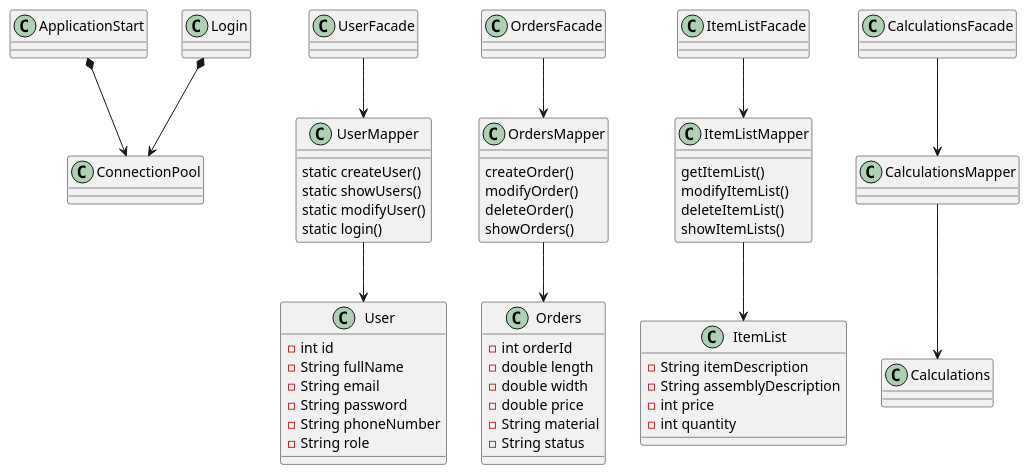
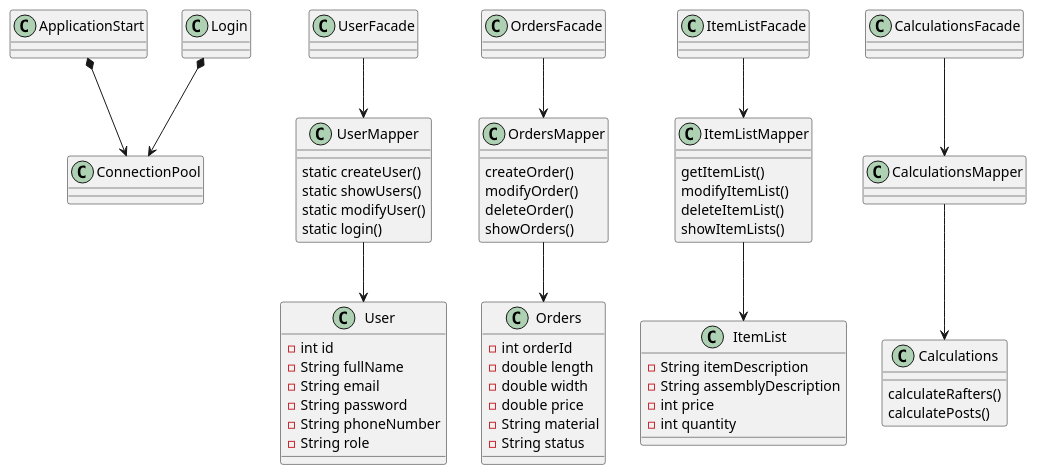
The diagram in documentation/ClassDiagram.puml (Salar86/ProjectFog), drawn with PlantUML before and after one commit.

Commit message:
Methods added: Methods added to Calculations

```diff
--- a/documentation/ClassDiagram.puml
+++ b/documentation/ClassDiagram.puml
@@ -1,82 +1,85 @@
 @startuml
 'https://plantuml.com/class-diagram
 class ApplicationStart
 class ConnectionPool
 class Login
 
 ApplicationStart *--> ConnectionPool
 Login *--> ConnectionPool
 
 class User
 {
     -int id
     -String fullName
     -String email
     -String password
     -String phoneNumber
     -String role
 }
 class UserMapper
 {
     static createUser()
     static showUsers()
     static modifyUser()
     static login()
 }
 class UserFacade
 
 class Orders
 {
     -int orderId
     -double length
     -double width
     -double price
     -String material
     -String status
 }
 class OrdersMapper
 {
     createOrder()
     modifyOrder()
     deleteOrder()
     showOrders()
 }
 class OrdersFacade
 
 class ItemList
 {
     -String itemDescription
     -String assemblyDescription
     -int price
     -int quantity
 
 }
 class ItemListMapper
 {
     getItemList()
     modifyItemList()
     deleteItemList()
     showItemLists()
 }
 class ItemListFacade
 
 class Calculations
 {
+    calculateRafters()
+    calculatePosts()
+
 
 }
 class CalculationsMapper
 class CalculationsFacade
 
 UserFacade --> UserMapper
 UserMapper --> User
 
 OrdersFacade --> OrdersMapper
 OrdersMapper --> Orders
 
 ItemListFacade --> ItemListMapper
 ItemListMapper --> ItemList
 
 CalculationsFacade --> CalculationsMapper
 CalculationsMapper --> Calculations
 
 @enduml
```
